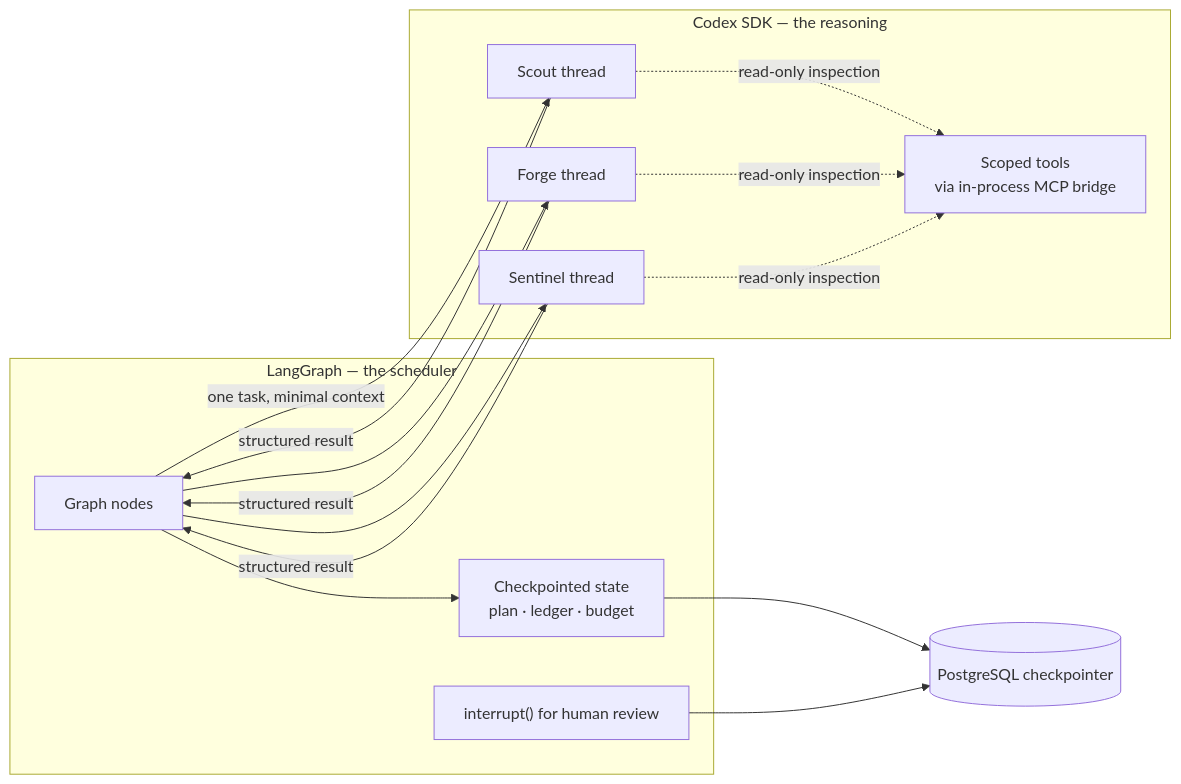
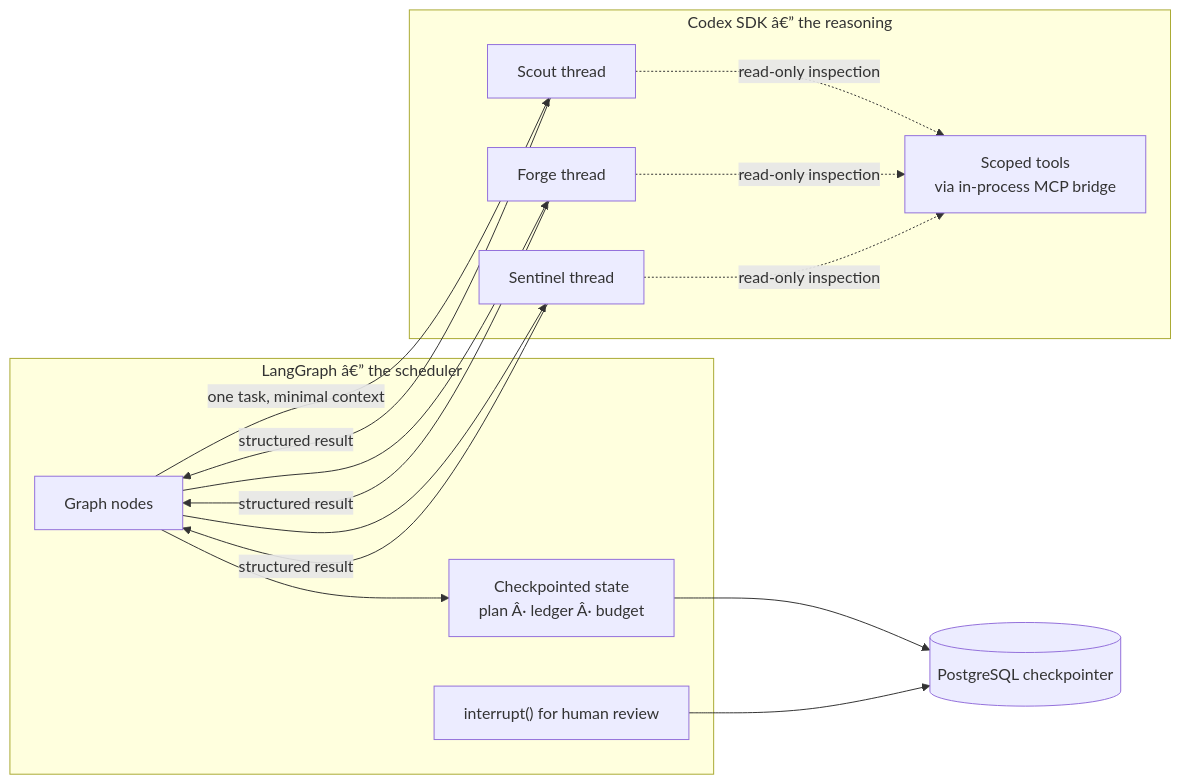
The fourth of 6 diagrams in docs/application-guide.md (srinivasravula18/core-platform-automation), drawn with Mermaid before and after one commit. The commit also changed other lines of this file, not shown here.

````diff
--- a/docs/application-guide.md
+++ b/docs/application-guide.md
@@ -315,24 +315,24 @@
 ```mermaid
 flowchart LR
-    subgraph LG["LangGraph — the scheduler"]
+    subgraph LG["LangGraph â€” the scheduler"]
         Nodes["Graph nodes"]
-        State["Checkpointed state<br/>plan · ledger · budget"]
+        State["Checkpointed state<br/>plan Â· ledger Â· budget"]
         Interrupt["interrupt() for human review"]
     end
 
-    subgraph CX["Codex SDK — the reasoning"]
+    subgraph CX["Codex SDK â€” the reasoning"]
         T1["Scout thread"]
         T2["Forge thread"]
         T3["Sentinel thread"]
         Tools["Scoped tools<br/>via in-process MCP bridge"]
     end
 
     Nodes --> State
     Nodes -->|"one task, minimal context"| T1
     Nodes --> T2
     Nodes --> T3
     T1 & T2 & T3 -->|"structured result"| Nodes
     T1 & T2 & T3 -.->|"read-only inspection"| Tools
     State --> PGC[("PostgreSQL checkpointer")]
     Interrupt --> PGC
 ```
````
